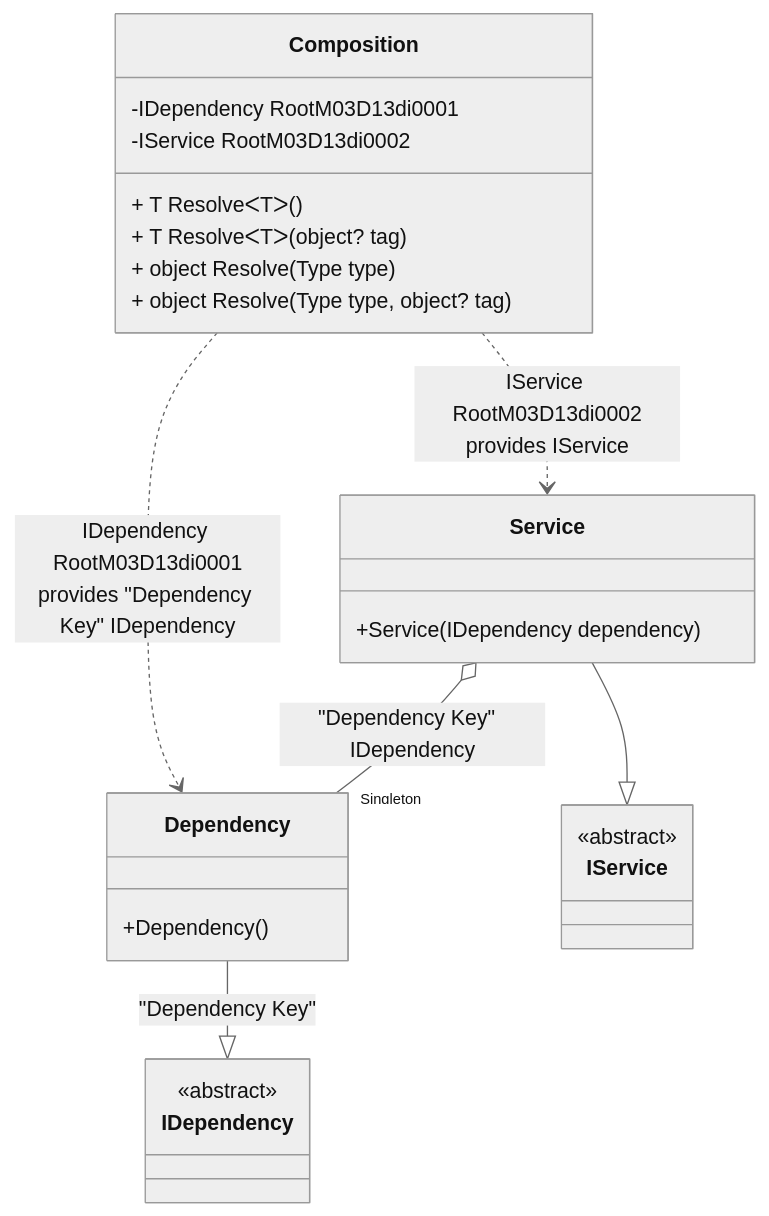
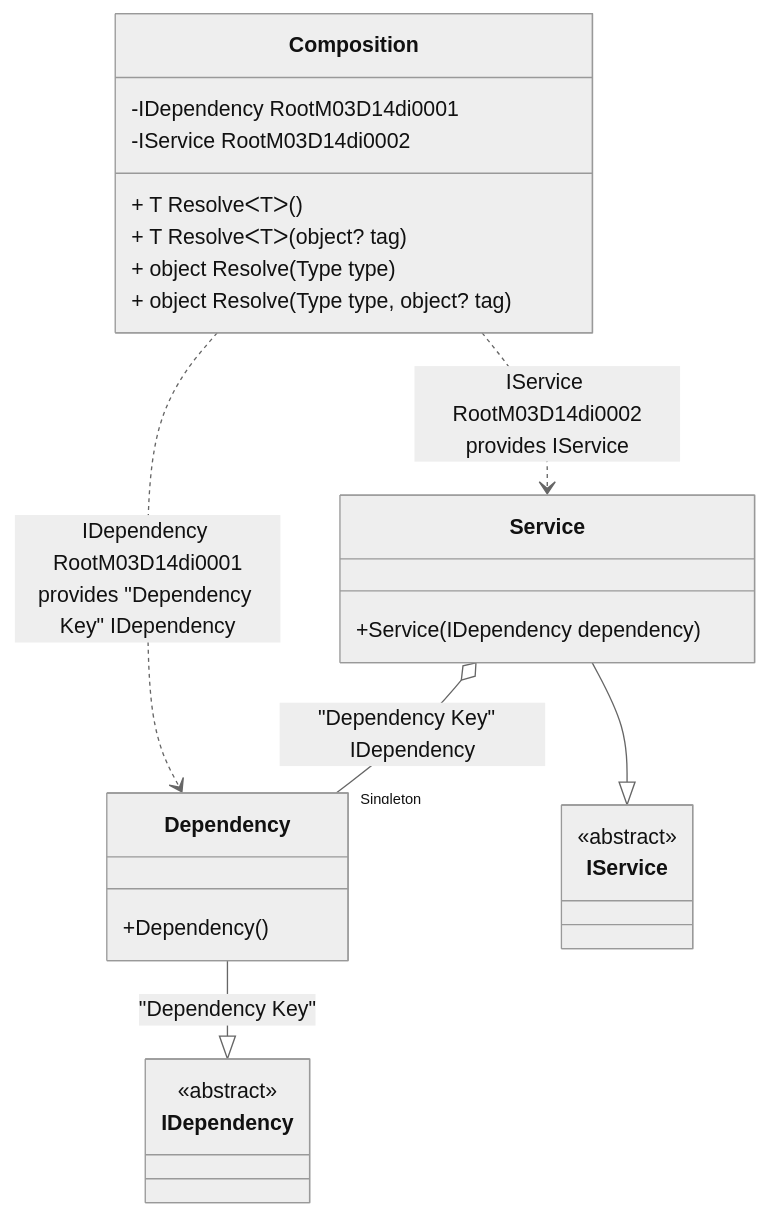
Before and after one commit to DevTeam/Pure.DI: the diagram in readme/service-collection.md, drawn with Mermaid (neutral theme). The commit also changed other lines of this file and 73 other files, not shown here.

````diff
--- a/readme/service-collection.md
+++ b/readme/service-collection.md
@@ -47,28 +47,28 @@
 ```mermaid
 classDiagram
   class Composition {
-    -IDependency RootM03D13di0001
-    -IService RootM03D13di0002
+    -IDependency RootM03D14di0001
+    -IService RootM03D14di0002
     + T ResolveᐸTᐳ()
     + T ResolveᐸTᐳ(object? tag)
     + object Resolve(Type type)
     + object Resolve(Type type, object? tag)
   }
   Dependency --|> IDependency : "Dependency Key" 
   class Dependency {
     +Dependency()
   }
   Service --|> IService : 
   class Service {
     +Service(IDependency dependency)
   }
   class IDependency {
     <<abstract>>
   }
   class IService {
     <<abstract>>
   }
   Service o--  "Singleton" Dependency : "Dependency Key"  IDependency
-  Composition ..> Dependency : IDependency RootM03D13di0001<br/>provides "Dependency Key" IDependency
-  Composition ..> Service : IService RootM03D13di0002<br/>provides IService
+  Composition ..> Dependency : IDependency RootM03D14di0001<br/>provides "Dependency Key" IDependency
+  Composition ..> Service : IService RootM03D14di0002<br/>provides IService
 ```
````
